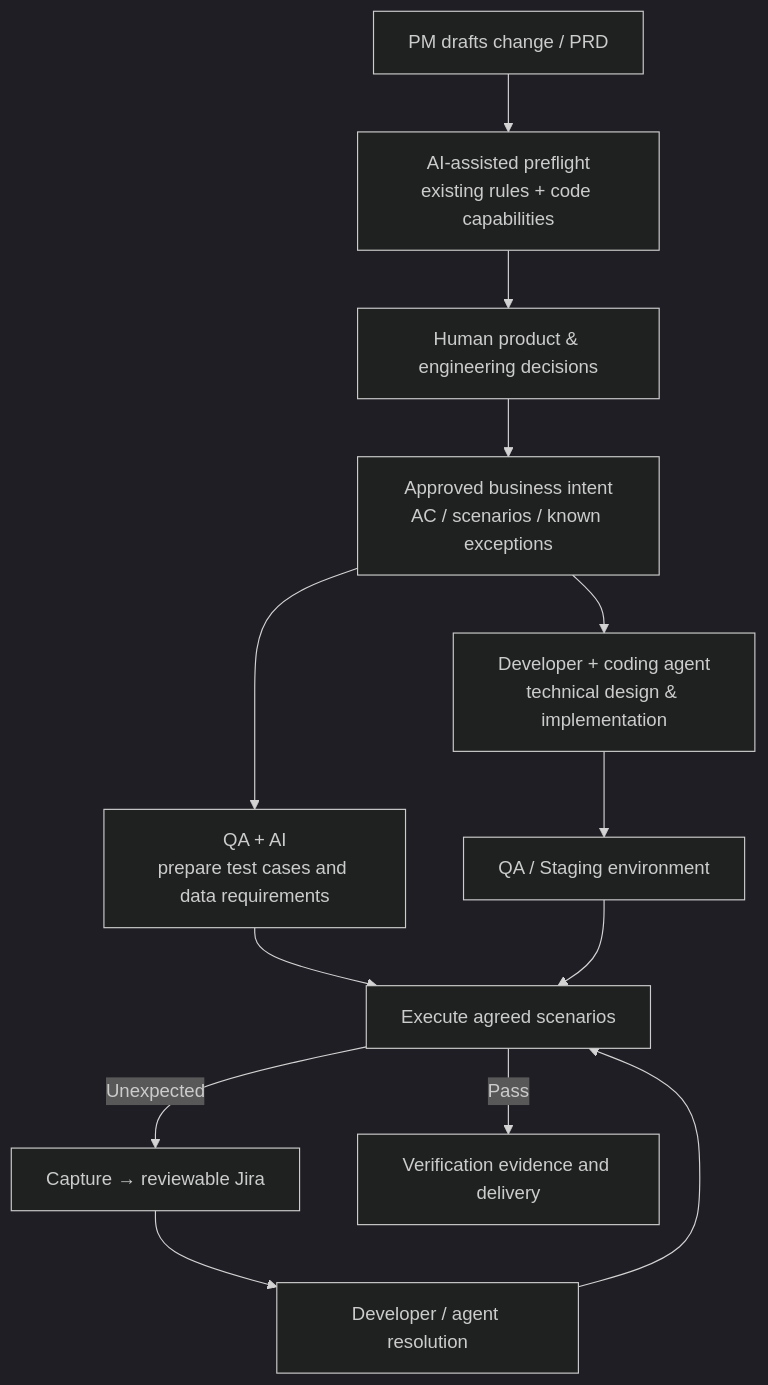
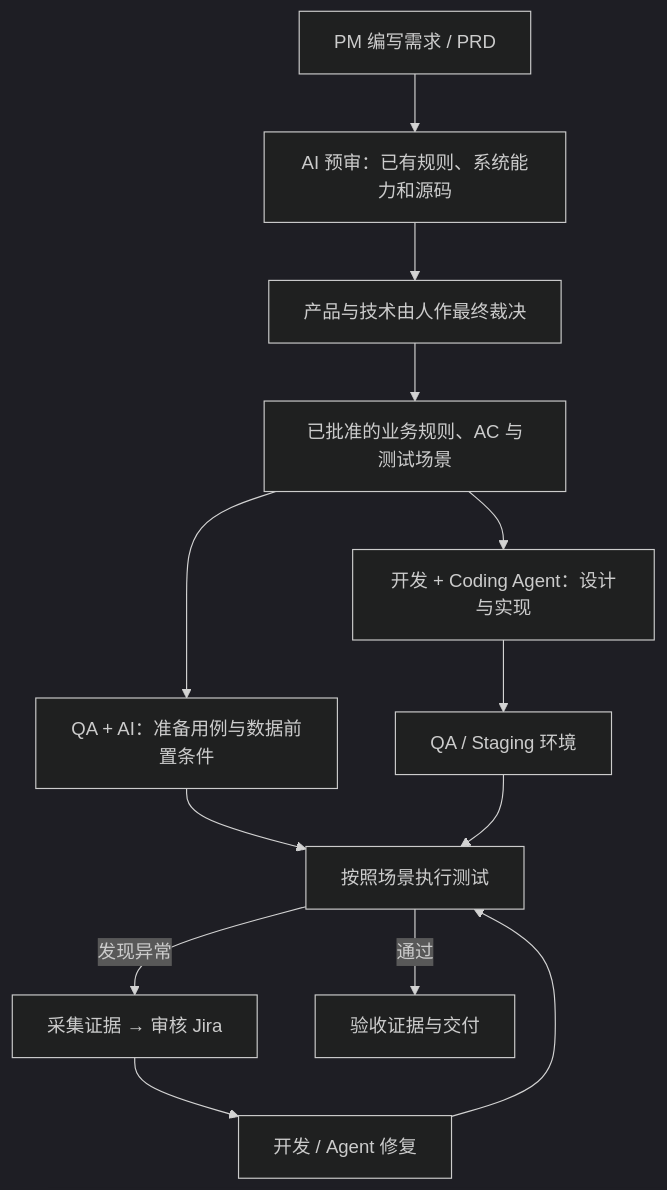
One commit to TaurusWood/agent-workflow-hub changed the diagram in docs/workflows/requirement-to-verification.md. Above: the diagram before and after it, drawn with Mermaid (dark theme). The commit also changed other lines of this file and 21 other files, not shown here.

Commit message:
docs(zh-CN): localize architecture, workflows, decisions and schema examples

```diff
--- a/docs/workflows/requirement-to-verification.md
+++ b/docs/workflows/requirement-to-verification.md
@@ -5,15 +5,15 @@
 ~~~mermaid
 flowchart TB
-  IDEA["PM drafts change / PRD"] --> PREFLIGHT["AI-assisted preflight\nexisting rules + code capabilities"]
-  PREFLIGHT --> DECIDE["Human product & engineering decisions"]
-  DECIDE --> RULE["Approved business intent\nAC / scenarios / known exceptions"]
-  RULE --> DEV["Developer + coding agent\ntechnical design & implementation"]
-  RULE --> QA["QA + AI\nprepare test cases and data requirements"]
-  DEV --> ENV["QA / Staging environment"]
-  QA --> TEST["Execute agreed scenarios"]
+  IDEA["PM 编写需求 / PRD"] --> PREFLIGHT["AI 预审：已有规则、系统能力和源码"]
+  PREFLIGHT --> DECIDE["产品与技术由人作最终裁决"]
+  DECIDE --> RULE["已批准的业务规则、AC 与测试场景"]
+  RULE --> DEV["开发 + Coding Agent：设计与实现"]
+  RULE --> QA["QA + AI：准备用例与数据前置条件"]
+  DEV --> ENV["QA / Staging 环境"]
+  QA --> TEST["按照场景执行测试"]
   ENV --> TEST
-  TEST -->|Unexpected| BUG["Capture → reviewable Jira"]
-  BUG --> REPAIR["Developer / agent resolution"]
+  TEST -->|发现异常| BUG["采集证据 → 审核 Jira"]
+  BUG --> REPAIR["开发 / Agent 修复"]
   REPAIR --> TEST
-  TEST -->|Pass| VERIFY["Verification evidence and delivery"]
+  TEST -->|通过| VERIFY["验收证据与交付"]
 ~~~
```
